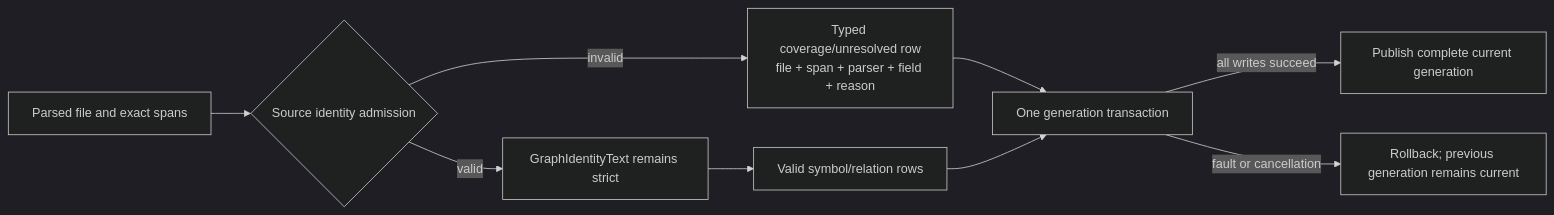
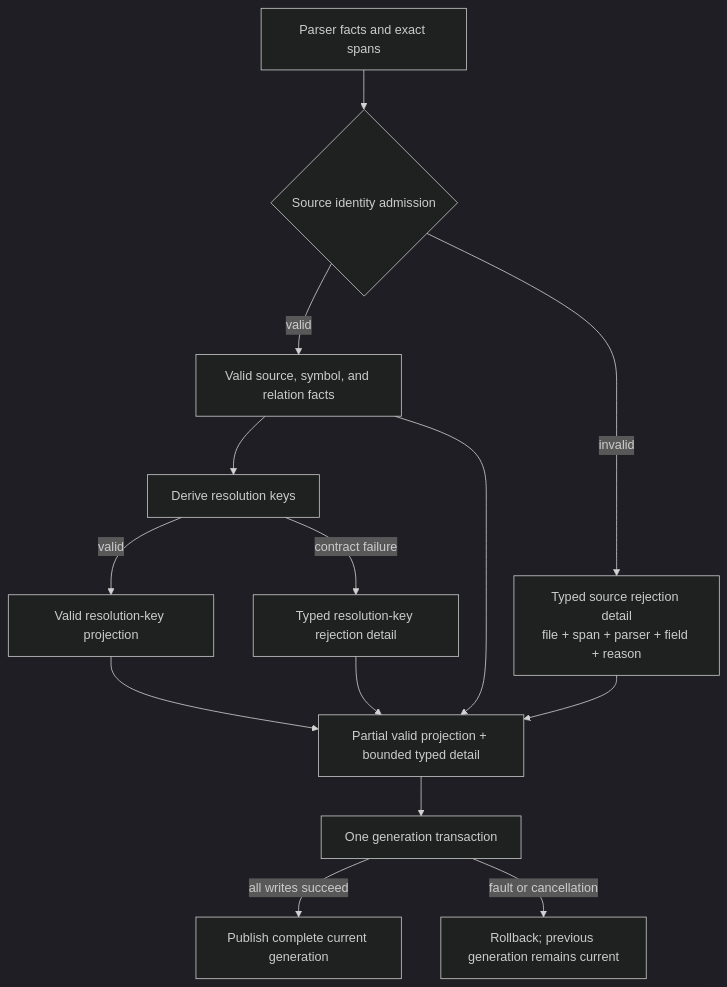
Diagram 13 of 28 in docs/v050-release-architecture.md (styler-ai/ProjectAtlas), drawn with Mermaid (dark theme) before and after one commit. The commit also changed other lines of this file and 17 other files, not shown here.

First line of the commit message:
fix(graph): admit invalid source identities during publication (#513)

````diff
--- a/docs/v050-release-architecture.md
+++ b/docs/v050-release-architecture.md
@@ -192,11 +192,16 @@
 ```mermaid
-flowchart LR
-  Source["Parsed file and exact spans"] --> Admit{"Source identity admission"}
-  Admit -->|valid| Strict["GraphIdentityText remains strict"]
-  Admit -->|invalid| Coverage["Typed coverage/unresolved row<br/>file + span + parser + field + reason"]
-  Strict --> Rows["Valid symbol/relation rows"]
-  Coverage --> Tx["One generation transaction"]
-  Rows --> Tx
+flowchart TB
+  Parser["Parser facts and exact spans"] --> SourceAdmit{"Source identity admission"}
+  SourceAdmit -->|valid| SourceRows["Valid source, symbol, and relation facts"]
+  SourceAdmit -->|invalid| SourceReject["Typed source rejection detail<br/>file + span + parser + field + reason"]
+  SourceRows --> Derive["Derive resolution keys"]
+  Derive -->|valid| KeyRows["Valid resolution-key projection"]
+  Derive -->|contract failure| KeyReject["Typed resolution-key rejection detail"]
+  SourceRows --> Partial["Partial valid projection + bounded typed detail"]
+  SourceReject --> Partial
+  KeyRows --> Partial
+  KeyReject --> Partial
+  Partial --> Tx["One generation transaction"]
   Tx -->|all writes succeed| Current["Publish complete current generation"]
   Tx -->|fault or cancellation| Rollback["Rollback; previous generation remains current"]
 ```
````
